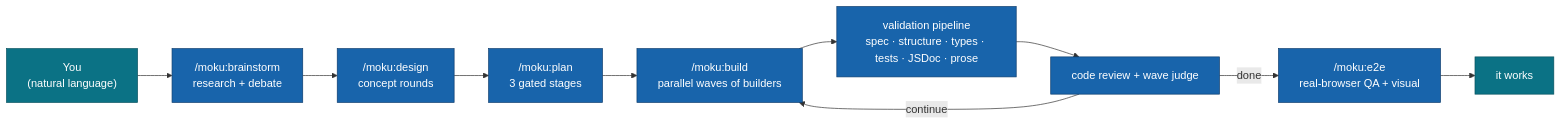
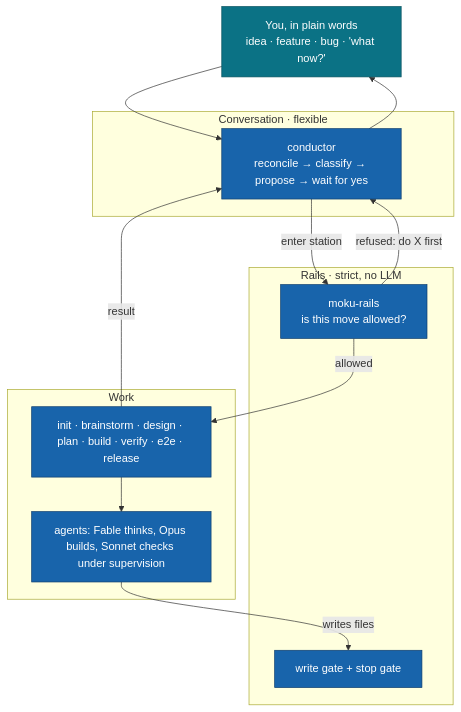
Before and after one commit to moku-labs/claude: the diagram in README.md, drawn with Mermaid. The commit also changed other lines of this file and 1 other file, not shown here.

````diff
--- a/README.md
+++ b/README.md
@@ -54,16 +54,27 @@
 ```mermaid
-flowchart LR
-  U["You<br/>(natural language)"] --> BS["/moku:brainstorm<br/>research + debate"]
-  BS --> D["/moku:design<br/>concept rounds"]
-  D --> P["/moku:plan<br/>3 gated stages"]
-  P --> B["/moku:build<br/>parallel waves of builders"]
-  B --> V["validation pipeline<br/>spec · structure · types · tests · JSDoc · prose"]
-  V --> R["code review + wave judge"]
-  R -->|"continue"| B
-  R -->|"done"| E["/moku:e2e<br/>real-browser QA + visual"]
-  E --> S["it works"]
+flowchart TB
+  U["You, in plain words<br/>idea · feature · bug · 'what now?'"]
+  subgraph L1["Conversation · flexible"]
+    C["conductor<br/>reconcile → classify → propose → wait for yes"]
+  end
+  subgraph L2["Rails · strict, no LLM"]
+    R["moku-rails<br/>is this move allowed?"]
+    H["write gate + stop gate"]
+  end
+  subgraph L3["Work"]
+    S["init · brainstorm · design · plan · build · verify · e2e · release"]
+    A["agents: Fable thinks, Opus builds, Sonnet checks under supervision"]
+  end
+  U --> C
+  C -->|enter station| R
+  R -->|allowed| S
+  R -->|refused: do X first| C
+  S --> A
+  A -->|writes files| H
+  S -->|result| C
+  C --> U
   classDef u fill:#0b7285,stroke:#08525f,color:#fff;
   classDef m fill:#1864ab,stroke:#0d3d6e,color:#fff;
-  class U,S u
-  class BS,D,P,B,V,R,E m
+  class U u
+  class C,R,H,S,A m
 ```
````
